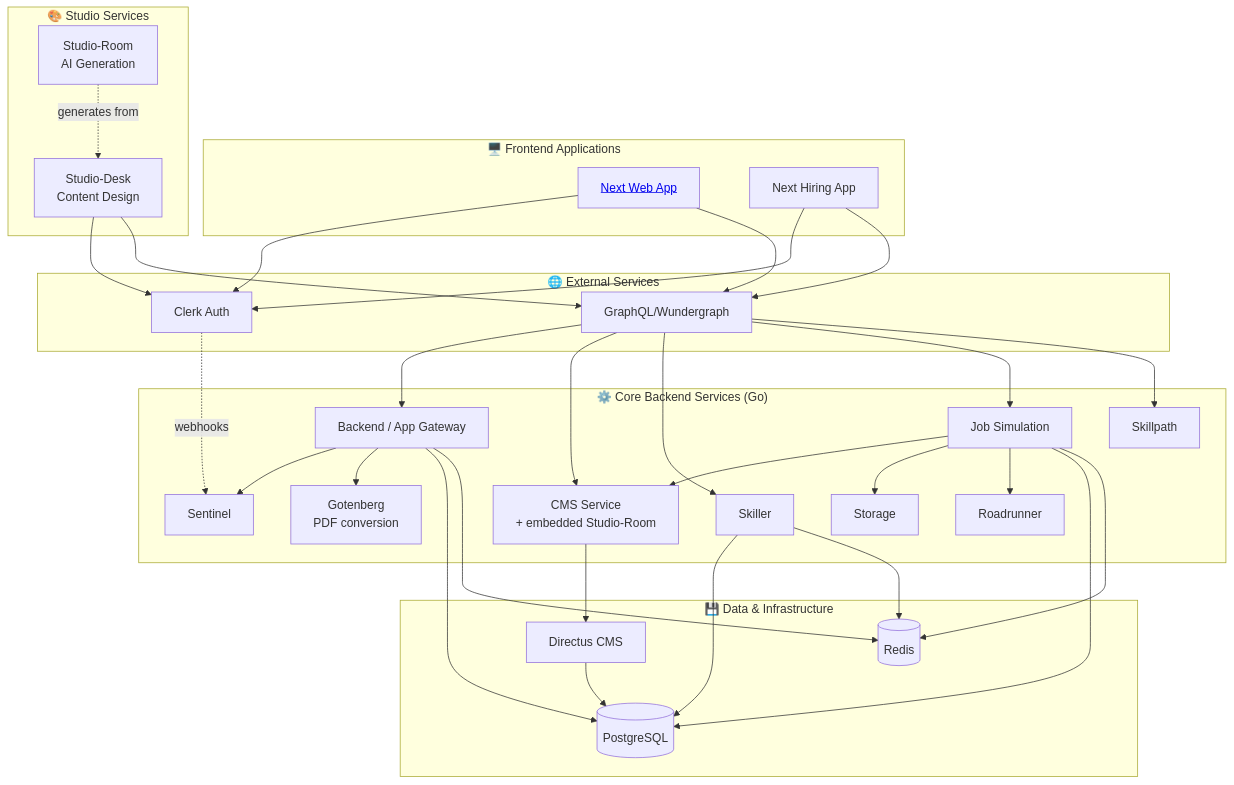
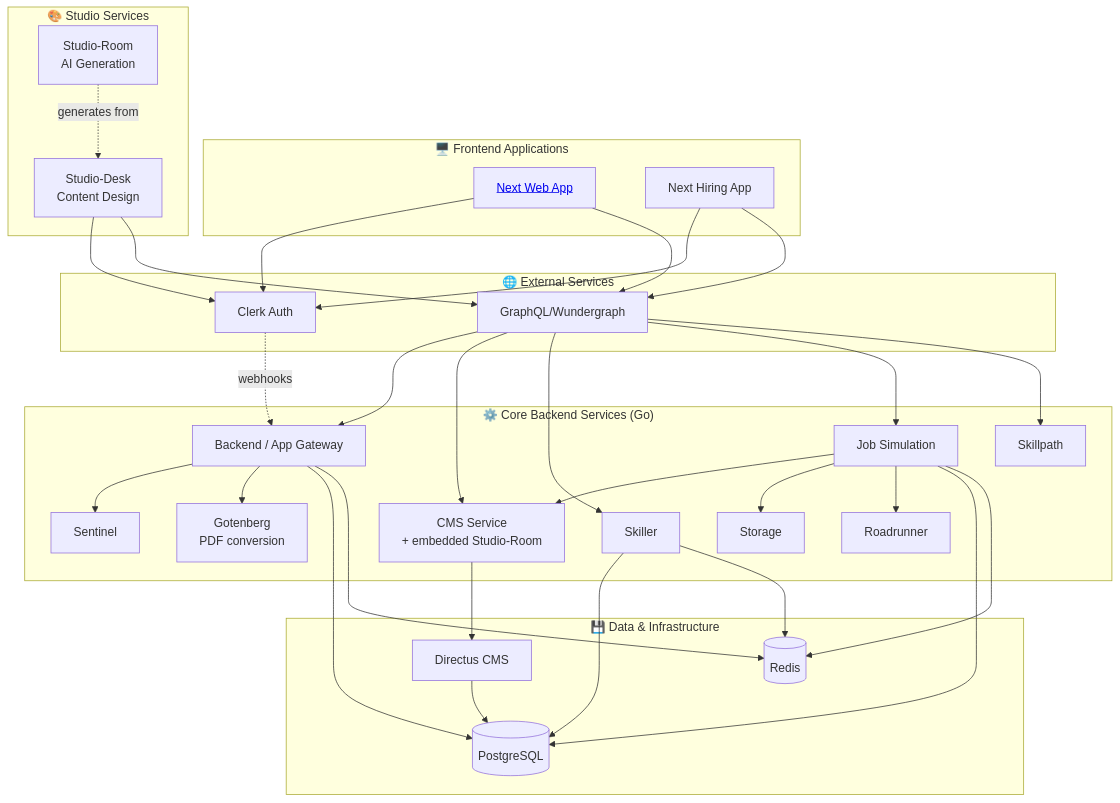
One commit to anthropos-work/rosetta changed the diagram in corpus/architecture/architecture_overview.md. Above: the diagram before and after it, drawn with Mermaid. The commit also changed other lines of this file and 6 other files, not shown here.

````diff
--- a/corpus/architecture/architecture_overview.md
+++ b/corpus/architecture/architecture_overview.md
@@ -62,73 +62,73 @@
 ```mermaid
 graph TD
     subgraph External["🌐 External Services"]
         Clerk[Clerk Auth]
         GraphQL[GraphQL/Wundergraph]
     end
     
     subgraph Frontend["🖥️ Frontend Applications"]
         Web[<a href='./frontend_architecture.md'>Next Web App</a>]
         Hiring[Next Hiring App]
     end
     
     subgraph Studio["🎨 Studio Services"]
         Desk[Studio-Desk<br/>Content Design]
         Room[Studio-Room<br/>AI Generation]
     end
 
     subgraph Core["⚙️ Core Backend Services (Go)"]
         Gateway[Backend / App Gateway]
         Sentinel[Sentinel]
         CMS_Service[CMS Service<br/>+ embedded Studio-Room]
         Skiller[Skiller]
         JobSim[Job Simulation]
         Skillpath[Skillpath]
         Storage[Storage]
         Roadrunner[Roadrunner]
         Gotenberg[Gotenberg<br/>PDF conversion]
     end
 
     subgraph Data["💾 Data & Infrastructure"]
         Postgres[(PostgreSQL)]
         Redis[(Redis)]
         Directus[Directus CMS]
     end
     
     %% Frontend connections
     Web --> Clerk
     Hiring --> Clerk
     Web --> GraphQL
     Hiring --> GraphQL
     
     %% Studio connections
     Desk --> Clerk
     Desk --> GraphQL
     Room -.->|generates from| Desk
     
     %% GraphQL aggregation (5 subgraphs: backend, skiller, jobsimulation, cms, skillpath)
     GraphQL --> Gateway
     GraphQL --> CMS_Service
     GraphQL --> Skiller
     GraphQL --> JobSim
     GraphQL --> Skillpath
 
     %% Core service dependencies
     Gateway --> Sentinel
     Gateway --> Gotenberg
     CMS_Service --> Directus
     JobSim --> CMS_Service
     JobSim --> Storage
     JobSim --> Roadrunner
     
     %% Data connections
     Gateway --> Postgres
     Gateway --> Redis
     Skiller --> Postgres
     Skiller --> Redis
     JobSim --> Postgres
     JobSim --> Redis
     Directus --> Postgres
     
     %% Clerk integration
-    Clerk -.->|webhooks| Sentinel
+    Clerk -.->|webhooks| Gateway
 ```
````
